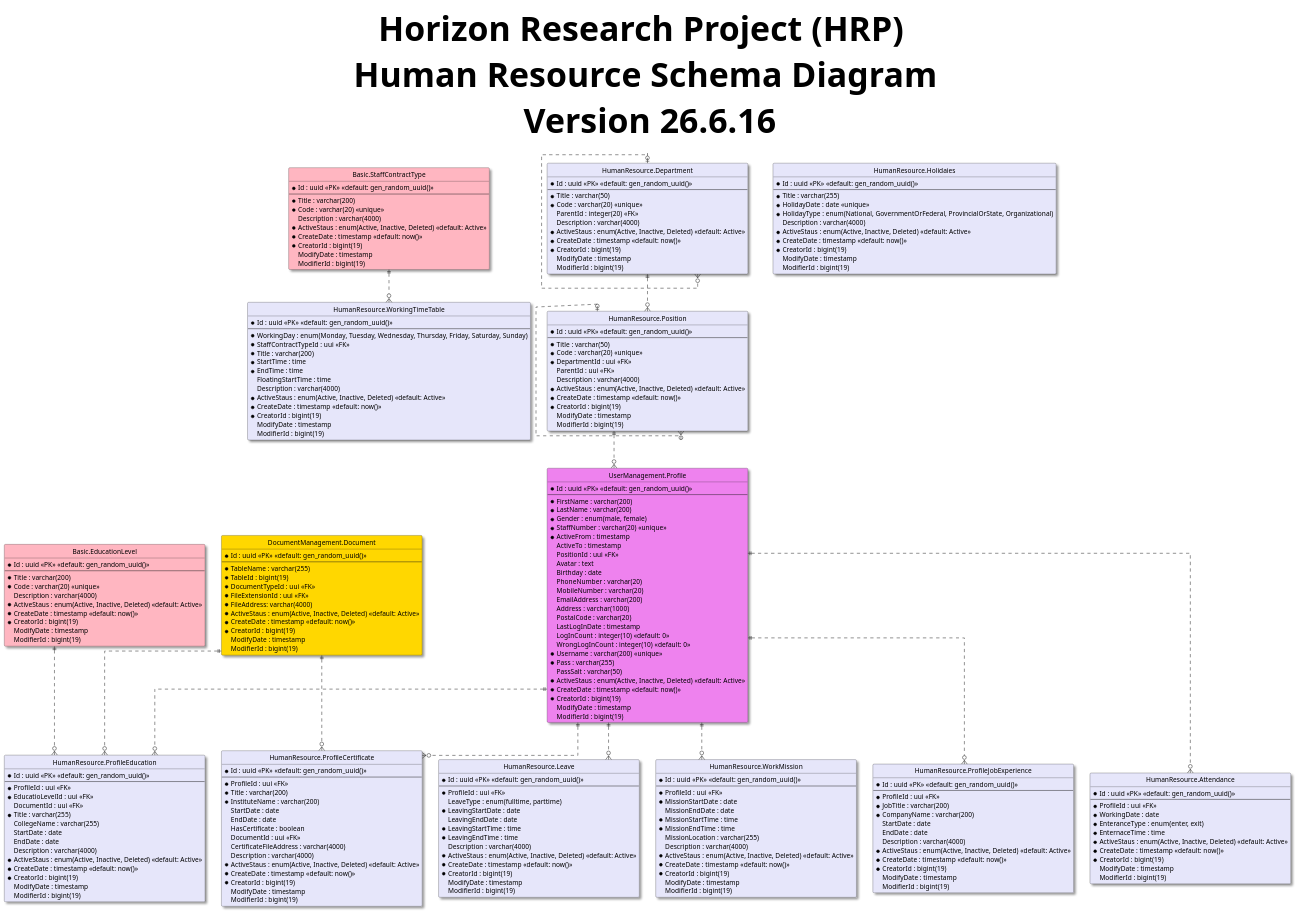
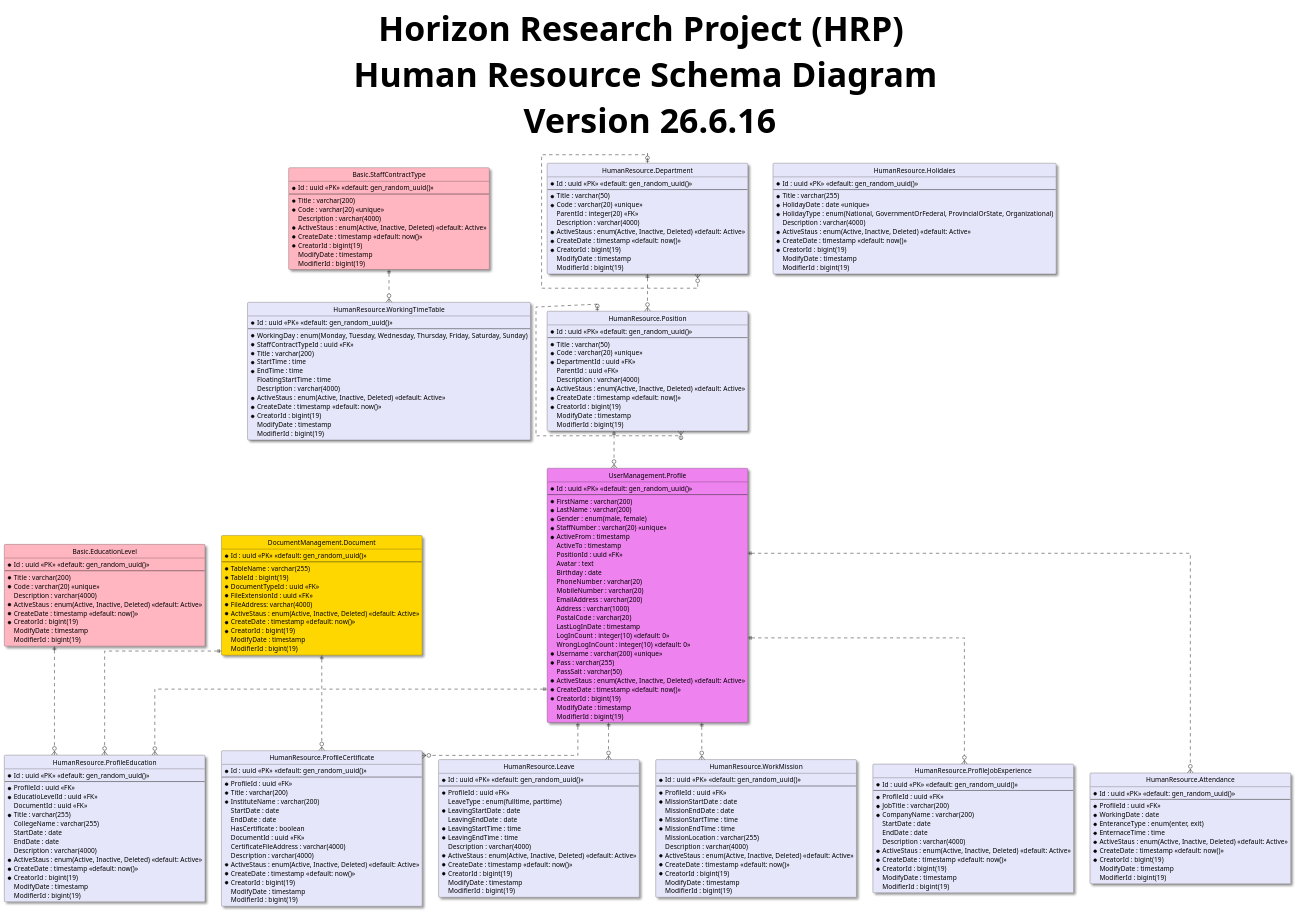
Before and after one commit to shadowfox1984/Horizon: the diagram in 2-HorizonModeling/2.3-HorizonUml/ERD/Schemas/HumanResourceSchemaDiagram.puml, drawn with PlantUML. The commit also changed 16 other files, not shown here.

```diff
--- a/2-HorizonModeling/2.3-HorizonUml/ERD/Schemas/HumanResourceSchemaDiagram.puml
+++ b/2-HorizonModeling/2.3-HorizonUml/ERD/Schemas/HumanResourceSchemaDiagram.puml
@@ -38,8 +38,8 @@
   --
   *TableName : varchar(255)
   *TableId : bigint(19)
-  *DocumentTypeId : uui <<FK>>
-  *FileExtensionId : uui <<FK>>
+  *DocumentTypeId : uuid <<FK>>
+  *FileExtensionId : uuid <<FK>>
   *FileAddress: varchar(4000)
   *ActiveStaus : enum(Active, Inactive, Deleted) <<default: Active>>
   *CreateDate : timestamp <<default: now()>>
@@ -57,7 +57,7 @@
   *StaffNumber : varchar(20) <<unique>>
   *ActiveFrom : timestamp
   ActiveTo : timestamp
-  PositionId : uui <<FK>>
+  PositionId : uuid <<FK>>
   Avatar : text
   Birthday : date
   PhoneNumber : varchar(20)
@@ -97,8 +97,8 @@
   --
   *Title : varchar(50)
   *Code : varchar(20) <<unique>>
-  *DepartmentId : uui <<FK>>
-  ParentId : uui <<FK>>
+  *DepartmentId : uuid <<FK>>
+  ParentId : uuid <<FK>>
   Description : varchar(4000)
   *ActiveStaus : enum(Active, Inactive, Deleted) <<default: Active>>
   *CreateDate : timestamp <<default: now()>>
@@ -110,9 +110,9 @@
 entity "HumanResource.ProfileEducation" as profileEducation #Lavender{
   *Id : uuid <<PK>> <<default: gen_random_uuid()>>
   --
-  *ProfileId : uui <<FK>>
-  *EducatioLevelId : uui <<FK>>
-  DocumentId : uui <<FK>>
+  *ProfileId : uuid <<FK>>
+  *EducatioLevelId : uuid <<FK>>
+  DocumentId : uuid <<FK>>
   *Title : varchar(255)
   CollegeName : varchar(255)
   StartDate : date
@@ -128,7 +128,7 @@
 entity "HumanResource.ProfileJobExperience" as profileJobExperience #Lavender{
   *Id : uuid <<PK>> <<default: gen_random_uuid()>>
   --
-  *ProfileId : uui <<FK>>
+  *ProfileId : uuid <<FK>>
   *JobTitle : varchar(200)
   *CompanyName : varchar(200)
   StartDate : date
@@ -144,13 +144,13 @@
 entity "HumanResource.ProfileCertificate" as profileCertificate #Lavender{
   *Id : uuid <<PK>> <<default: gen_random_uuid()>>
   --
-  *ProfileId : uui <<FK>>
+  *ProfileId : uuid <<FK>>
   *Title : varchar(200)
   *InstituteName : varchar(200)
   StartDate : date
   EndDate : date
   HasCertificate : boolean
-  DocumentId : uui <<FK>>
+  DocumentId : uuid <<FK>>
   CertificateFileAddress : varchar(4000)
   Description : varchar(4000)
   *ActiveStaus : enum(Active, Inactive, Deleted) <<default: Active>>
@@ -164,7 +164,7 @@
   *Id : uuid <<PK>> <<default: gen_random_uuid()>>
   --
   *WorkingDay : enum(Monday, Tuesday, Wednesday, Thursday, Friday, Saturday, Sunday)
-  *StaffContractTypeId : uui <<FK>>
+  *StaffContractTypeId : uuid <<FK>>
   *Title : varchar(200)
   *StartTime : time
   *EndTime : time
@@ -194,7 +194,7 @@
 entity "HumanResource.Attendance" as attendance #Lavender{
   *Id : uuid <<PK>> <<default: gen_random_uuid()>>
   --
-  *ProfileId : uui <<FK>>
+  *ProfileId : uuid <<FK>>
   *WorkingDate : date
   *EnteranceType : enum(enter, exit)
   *EnternaceTime : time
@@ -208,7 +208,7 @@
 entity "HumanResource.Leave" as leave #Lavender{
   *Id : uuid <<PK>> <<default: gen_random_uuid()>>
   --
-  *ProfileId : uui <<FK>>
+  *ProfileId : uuid <<FK>>
   LeaveType : enum(fulltime, parttime)
   *LeavingStartDate : date
   LeavingEndDate : date
@@ -225,7 +225,7 @@
 entity "HumanResource.WorkMission" as workMission #Lavender{
   *Id : uuid <<PK>> <<default: gen_random_uuid()>>
   --
-  *ProfileId : uui <<FK>>
+  *ProfileId : uuid <<FK>>
   *MissionStartDate : date
   MissionEndDate : date
   *MissionStartTime : time
```
